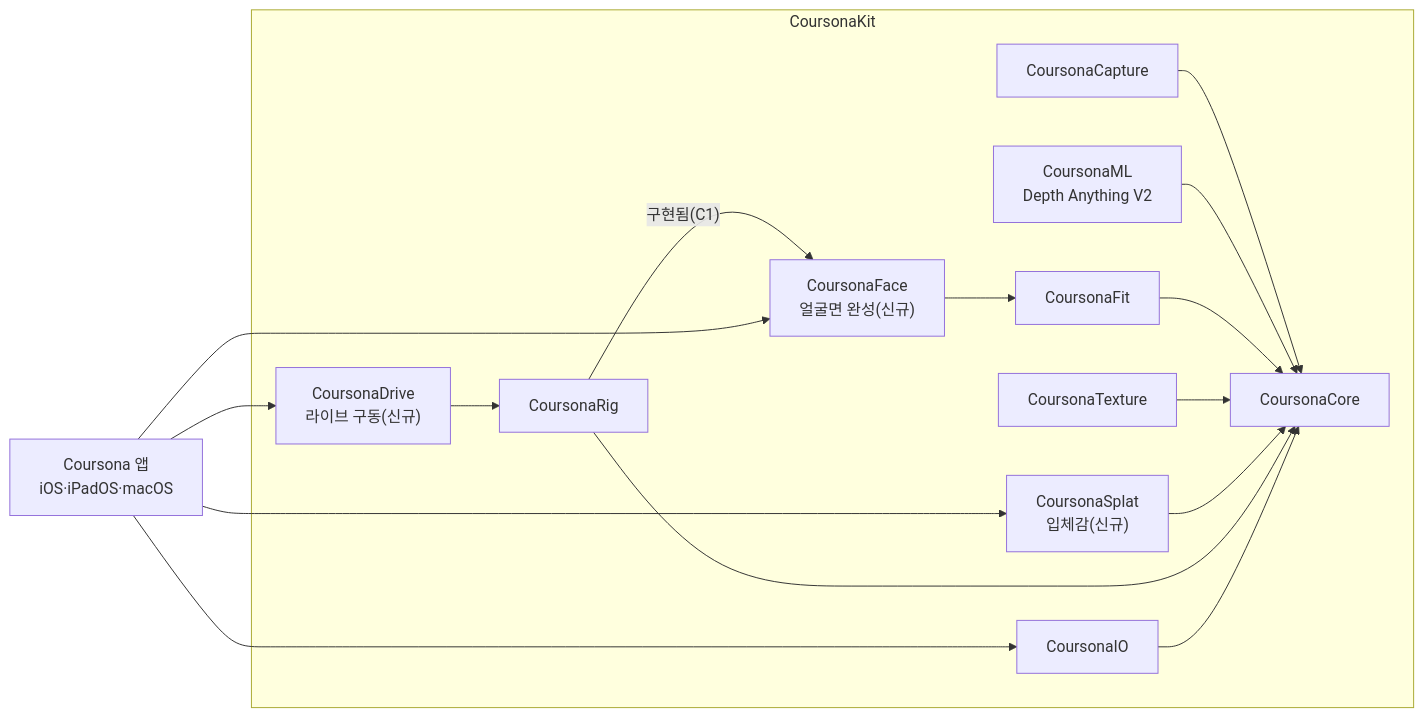
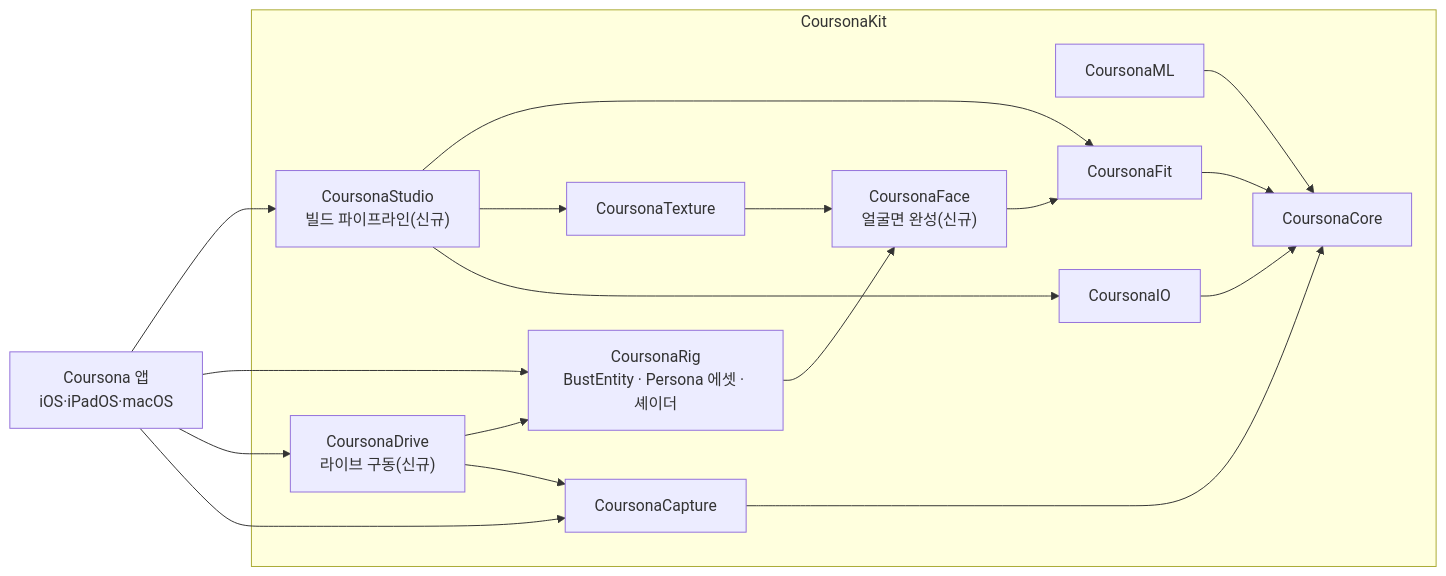
One commit to kimminung/coursona changed the diagram in README.md. Above: the diagram before and after it, drawn with Mermaid. The commit also changed other lines of this file and 11 other files, not shown here.

````diff
--- a/README.md
+++ b/README.md
@@ -229,31 +263,33 @@
 ```mermaid
 graph LR
     subgraph CoursonaKit["CoursonaKit"]
         Core["CoursonaCore"]
         Capture["CoursonaCapture"]
-        ML["CoursonaML<br/>Depth Anything V2"]
+        ML["CoursonaML"]
         Fit["CoursonaFit"]
         Face["CoursonaFace<br/>얼굴면 완성(신규)"]
         Texture["CoursonaTexture"]
-        Splat["CoursonaSplat<br/>입체감(신규)"]
-        Rig["CoursonaRig"]
+        Rig["CoursonaRig<br/>BustEntity · Persona 에셋 · 셰이더"]
         Drive["CoursonaDrive<br/>라이브 구동(신규)"]
         IO["CoursonaIO"]
+        Studio["CoursonaStudio<br/>빌드 파이프라인(신규)"]
     end
     App["Coursona 앱<br/>iOS·iPadOS·macOS"]
 
     Capture --> Core
     ML --> Core
     Fit --> Core
     Face --> Fit
-    Texture --> Core
-    Splat --> Core
-    Rig --> Core
-    Rig -->|"구현됨(C1)"| Face
+    Texture --> Face
+    Rig --> Face
     Drive --> Rig
+    Drive --> Capture
     IO --> Core
-    App --> Face
-    App --> Splat
+    Studio --> Fit
+    Studio --> Texture
+    Studio --> IO
+    App --> Studio
+    App --> Rig
     App --> Drive
-    App --> IO
+    App --> Capture
 ```
````
